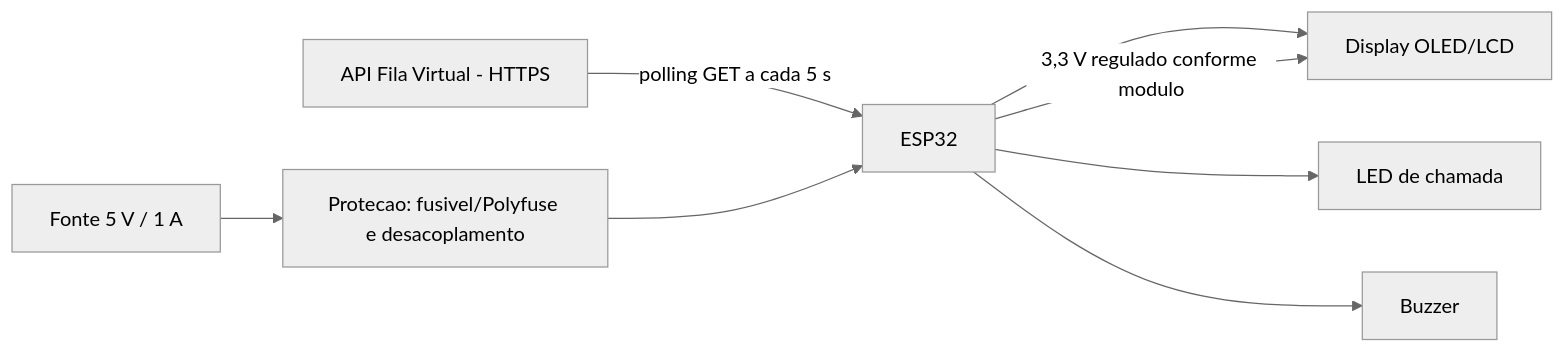
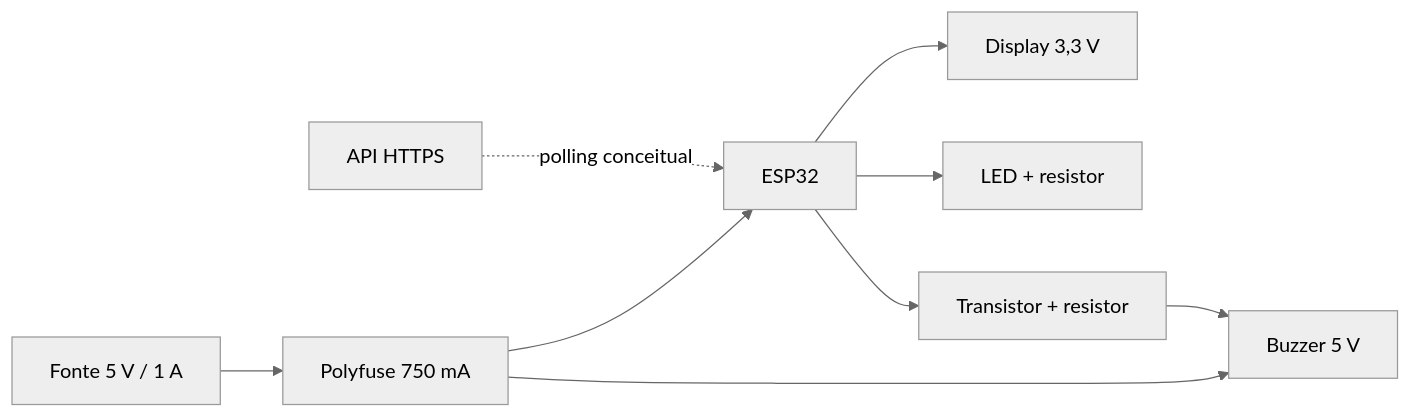
One commit to lulisca/Sistema-de-clinica-veterinaria changed the diagram in docs/04-arquitetura/esquema-de-hardware.md. Above: the diagram before and after it, drawn with Mermaid (neutral theme). The commit also changed other lines of this file and 5 other files, not shown here.

````diff
--- a/docs/04-arquitetura/esquema-de-hardware.md
+++ b/docs/04-arquitetura/esquema-de-hardware.md
@@ -11,10 +11,11 @@
 ```mermaid
 flowchart LR
-    API[API Fila Virtual - HTTPS] -->|polling GET a cada 5 s| ESP[ESP32]
-    ESP --> DISP[Display OLED/LCD]
-    ESP --> LED[LED de chamada]
-    ESP --> BUZ[Buzzer]
-    FONTE[Fonte 5 V / 1 A] --> PROT[Protecao: fusivel/Polyfuse e desacoplamento]
+    API[API HTTPS] -.->|polling conceitual| ESP[ESP32]
+    ESP --> DISP[Display 3,3 V]
+    ESP --> LED[LED + resistor]
+    ESP --> DRV[Transistor + resistor]
+    DRV --> BUZ[Buzzer 5 V]
+    FONTE[Fonte 5 V / 1 A] --> PROT[Polyfuse 750 mA]
     PROT --> ESP
-    ESP -->|3,3 V regulado conforme modulo| DISP
+    PROT --> BUZ
 ```
````
